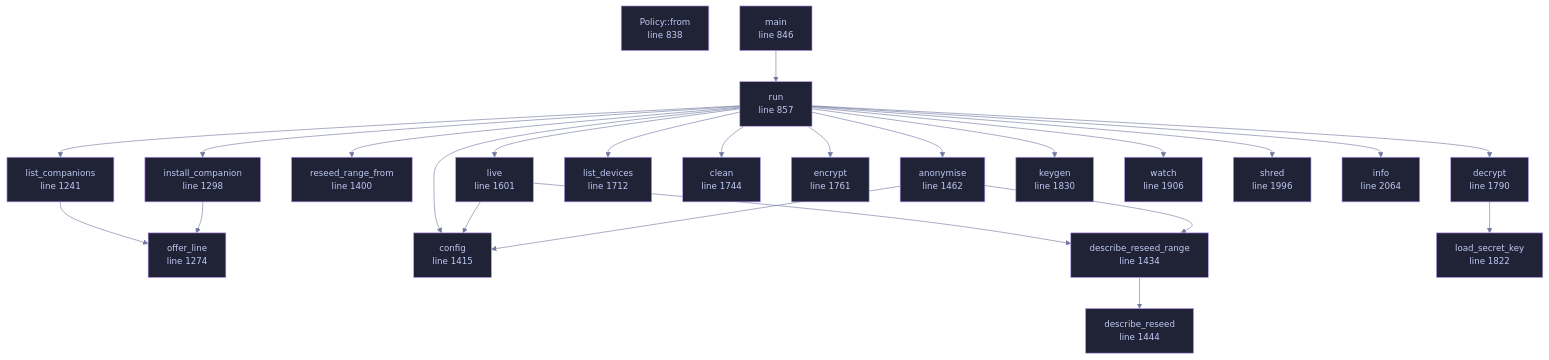
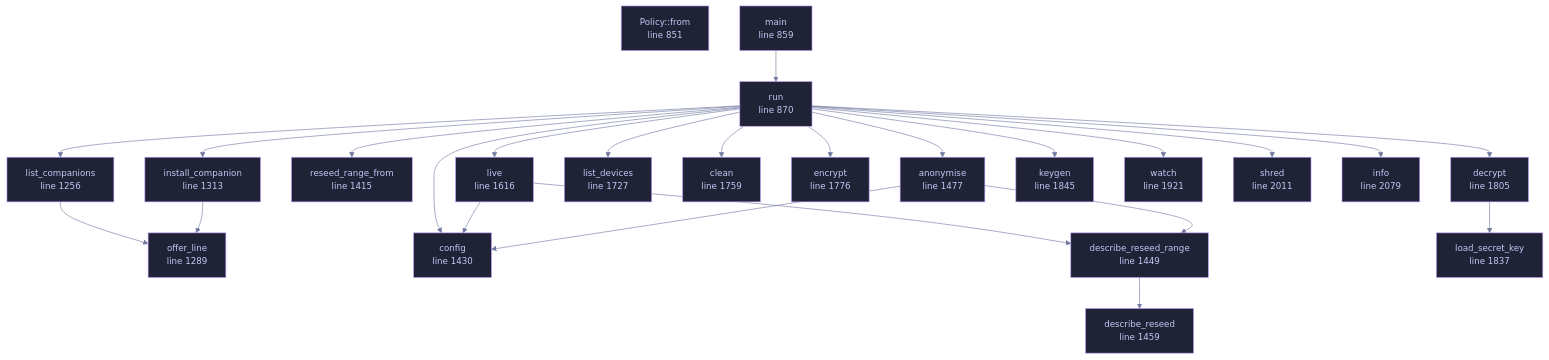
One commit to tilas01/veilvoice changed the diagram in docs/files/veilvoice-cli/main.md. Above: the diagram before and after it, drawn with Mermaid. The commit also changed other lines of this file and 42 other files, not shown here.

````diff
--- a/docs/files/veilvoice-cli/main.md
+++ b/docs/files/veilvoice-cli/main.md
@@ -130,71 +130,71 @@
 ```mermaid
 %%{init: {"theme":"base","themeVariables":{"background":"#1a1b26","primaryColor":"#1f2335","primaryTextColor":"#c0caf5","primaryBorderColor":"#7aa2f7","secondaryColor":"#16161e","tertiaryColor":"#16161e","lineColor":"#737aa2","textColor":"#c0caf5","mainBkg":"#1f2335","nodeBorder":"#7aa2f7","clusterBkg":"#16161e","clusterBorder":"#2f3549","fontFamily":"ui-monospace, SFMono-Regular, Consolas, monospace","fontSize":"14px"}}}%%
 flowchart TD
-    n_from["Policy::from<br/>line 838"]
-    n_main["main<br/>line 846"]
-    n_run["run<br/>line 857"]
-    n_list_companions["list_companions<br/>line 1241"]
-    n_offer_line["offer_line<br/>line 1274"]
-    n_install_companion["install_companion<br/>line 1298"]
-    n_reseed_range_from["reseed_range_from<br/>line 1400"]
-    n_config["config<br/>line 1415"]
-    n_describe_reseed_range["describe_reseed_range<br/>line 1434"]
-    n_describe_reseed["describe_reseed<br/>line 1444"]
-    n_anonymise["anonymise<br/>line 1462"]
-    n_live["live<br/>line 1601"]
-    n_list_devices["list_devices<br/>line 1712"]
-    n_clean["clean<br/>line 1744"]
-    n_encrypt["encrypt<br/>line 1761"]
-    n_decrypt["decrypt<br/>line 1790"]
-    n_load_secret_key["load_secret_key<br/>line 1822"]
-    n_keygen["keygen<br/>line 1830"]
-    n_watch["watch<br/>line 1906"]
-    n_shred["shred<br/>line 1996"]
-    n_info["info<br/>line 2064"]
+    n_from["Policy::from<br/>line 851"]
+    n_main["main<br/>line 859"]
+    n_run["run<br/>line 870"]
+    n_list_companions["list_companions<br/>line 1256"]
+    n_offer_line["offer_line<br/>line 1289"]
+    n_install_companion["install_companion<br/>line 1313"]
+    n_reseed_range_from["reseed_range_from<br/>line 1415"]
+    n_config["config<br/>line 1430"]
+    n_describe_reseed_range["describe_reseed_range<br/>line 1449"]
+    n_describe_reseed["describe_reseed<br/>line 1459"]
+    n_anonymise["anonymise<br/>line 1477"]
+    n_live["live<br/>line 1616"]
+    n_list_devices["list_devices<br/>line 1727"]
+    n_clean["clean<br/>line 1759"]
+    n_encrypt["encrypt<br/>line 1776"]
+    n_decrypt["decrypt<br/>line 1805"]
+    n_load_secret_key["load_secret_key<br/>line 1837"]
+    n_keygen["keygen<br/>line 1845"]
+    n_watch["watch<br/>line 1921"]
+    n_shred["shred<br/>line 2011"]
+    n_info["info<br/>line 2079"]
     n_anonymise --> n_config
     n_anonymise --> n_describe_reseed_range
     n_decrypt --> n_load_secret_key
     n_describe_reseed_range --> n_describe_reseed
     n_install_companion --> n_offer_line
     n_list_companions --> n_offer_line
     n_live --> n_config
     n_live --> n_describe_reseed_range
     n_main --> n_run
     n_run --> n_anonymise
     n_run --> n_clean
     n_run --> n_config
     n_run --> n_decrypt
     n_run --> n_encrypt
     n_run --> n_info
     n_run --> n_install_companion
     n_run --> n_keygen
     n_run --> n_list_companions
     n_run --> n_list_devices
     n_run --> n_live
     n_run --> n_reseed_range_from
     n_run --> n_shred
     n_run --> n_watch
-    click n_from href "https://github.com/tilas01/veilvoice/blob/main/crates/veilvoice-cli/src/main.rs#L838" "open the source"
-    click n_main href "https://github.com/tilas01/veilvoice/blob/main/crates/veilvoice-cli/src/main.rs#L846" "open the source"
-    click n_run href "https://github.com/tilas01/veilvoice/blob/main/crates/veilvoice-cli/src/main.rs#L857" "open the source"
-    click n_list_companions href "https://github.com/tilas01/veilvoice/blob/main/crates/veilvoice-cli/src/main.rs#L1241" "open the source"
-    click n_offer_line href "https://github.com/tilas01/veilvoice/blob/main/crates/veilvoice-cli/src/main.rs#L1274" "open the source"
-    click n_install_companion href "https://github.com/tilas01/veilvoice/blob/main/crates/veilvoice-cli/src/main.rs#L1298" "open the source"
-    click n_reseed_range_from href "https://github.com/tilas01/veilvoice/blob/main/crates/veilvoice-cli/src/main.rs#L1400" "open the source"
-    click n_config href "https://github.com/tilas01/veilvoice/blob/main/crates/veilvoice-cli/src/main.rs#L1415" "open the source"
-    click n_describe_reseed_range href "https://github.com/tilas01/veilvoice/blob/main/crates/veilvoice-cli/src/main.rs#L1434" "open the source"
-    click n_describe_reseed href "https://github.com/tilas01/veilvoice/blob/main/crates/veilvoice-cli/src/main.rs#L1444" "open the source"
-    click n_anonymise href "https://github.com/tilas01/veilvoice/blob/main/crates/veilvoice-cli/src/main.rs#L1462" "open the source"
-    click n_live href "https://github.com/tilas01/veilvoice/blob/main/crates/veilvoice-cli/src/main.rs#L1601" "open the source"
-    click n_list_devices href "https://github.com/tilas01/veilvoice/blob/main/crates/veilvoice-cli/src/main.rs#L1712" "open the source"
-    click n_clean href "https://github.com/tilas01/veilvoice/blob/main/crates/veilvoice-cli/src/main.rs#L1744" "open the source"
-    click n_encrypt href "https://github.com/tilas01/veilvoice/blob/main/crates/veilvoice-cli/src/main.rs#L1761" "open the source"
-    click n_decrypt href "https://github.com/tilas01/veilvoice/blob/main/crates/veilvoice-cli/src/main.rs#L1790" "open the source"
-    click n_load_secret_key href "https://github.com/tilas01/veilvoice/blob/main/crates/veilvoice-cli/src/main.rs#L1822" "open the source"
-    click n_keygen href "https://github.com/tilas01/veilvoice/blob/main/crates/veilvoice-cli/src/main.rs#L1830" "open the source"
-    click n_watch href "https://github.com/tilas01/veilvoice/blob/main/crates/veilvoice-cli/src/main.rs#L1906" "open the source"
-    click n_shred href "https://github.com/tilas01/veilvoice/blob/main/crates/veilvoice-cli/src/main.rs#L1996" "open the source"
-    click n_info href "https://github.com/tilas01/veilvoice/blob/main/crates/veilvoice-cli/src/main.rs#L2064" "open the source"
+    click n_from href "https://github.com/tilas01/veilvoice/blob/main/crates/veilvoice-cli/src/main.rs#L851" "open the source"
+    click n_main href "https://github.com/tilas01/veilvoice/blob/main/crates/veilvoice-cli/src/main.rs#L859" "open the source"
+    click n_run href "https://github.com/tilas01/veilvoice/blob/main/crates/veilvoice-cli/src/main.rs#L870" "open the source"
+    click n_list_companions href "https://github.com/tilas01/veilvoice/blob/main/crates/veilvoice-cli/src/main.rs#L1256" "open the source"
+    click n_offer_line href "https://github.com/tilas01/veilvoice/blob/main/crates/veilvoice-cli/src/main.rs#L1289" "open the source"
+    click n_install_companion href "https://github.com/tilas01/veilvoice/blob/main/crates/veilvoice-cli/src/main.rs#L1313" "open the source"
+    click n_reseed_range_from href "https://github.com/tilas01/veilvoice/blob/main/crates/veilvoice-cli/src/main.rs#L1415" "open the source"
+    click n_config href "https://github.com/tilas01/veilvoice/blob/main/crates/veilvoice-cli/src/main.rs#L1430" "open the source"
+    click n_describe_reseed_range href "https://github.com/tilas01/veilvoice/blob/main/crates/veilvoice-cli/src/main.rs#L1449" "open the source"
+    click n_describe_reseed href "https://github.com/tilas01/veilvoice/blob/main/crates/veilvoice-cli/src/main.rs#L1459" "open the source"
+    click n_anonymise href "https://github.com/tilas01/veilvoice/blob/main/crates/veilvoice-cli/src/main.rs#L1477" "open the source"
+    click n_live href "https://github.com/tilas01/veilvoice/blob/main/crates/veilvoice-cli/src/main.rs#L1616" "open the source"
+    click n_list_devices href "https://github.com/tilas01/veilvoice/blob/main/crates/veilvoice-cli/src/main.rs#L1727" "open the source"
+    click n_clean href "https://github.com/tilas01/veilvoice/blob/main/crates/veilvoice-cli/src/main.rs#L1759" "open the source"
+    click n_encrypt href "https://github.com/tilas01/veilvoice/blob/main/crates/veilvoice-cli/src/main.rs#L1776" "open the source"
+    click n_decrypt href "https://github.com/tilas01/veilvoice/blob/main/crates/veilvoice-cli/src/main.rs#L1805" "open the source"
+    click n_load_secret_key href "https://github.com/tilas01/veilvoice/blob/main/crates/veilvoice-cli/src/main.rs#L1837" "open the source"
+    click n_keygen href "https://github.com/tilas01/veilvoice/blob/main/crates/veilvoice-cli/src/main.rs#L1845" "open the source"
+    click n_watch href "https://github.com/tilas01/veilvoice/blob/main/crates/veilvoice-cli/src/main.rs#L1921" "open the source"
+    click n_shred href "https://github.com/tilas01/veilvoice/blob/main/crates/veilvoice-cli/src/main.rs#L2011" "open the source"
+    click n_info href "https://github.com/tilas01/veilvoice/blob/main/crates/veilvoice-cli/src/main.rs#L2079" "open the source"
     classDef helper fill:#1f2335,stroke:#bb9af7,color:#c0caf5
     class n_from,n_main,n_run,n_list_companions,n_offer_line,n_install_companion,n_reseed_range_from,n_config,n_describe_reseed_range,n_describe_reseed,n_anonymise,n_live,n_list_devices,n_clean,n_encrypt,n_decrypt,n_load_secret_key,n_keygen,n_watch,n_shred,n_info helper
 ```
````
